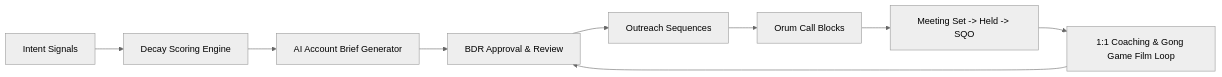
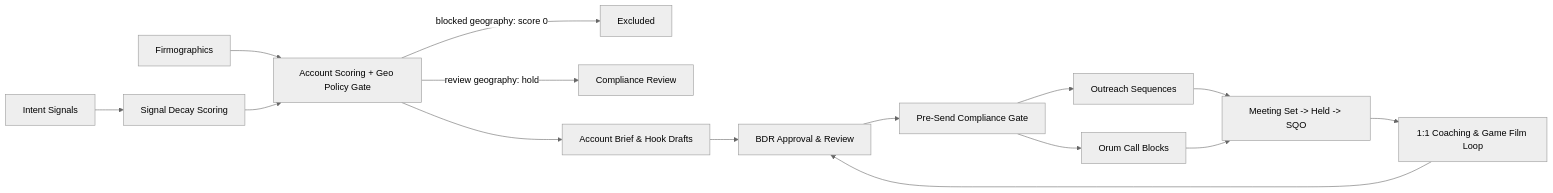
The diagram in README.md (peytonbackus-spec/bd-leadership), drawn with Mermaid (neutral theme) before and after one commit. The commit also changed other lines of this file and 96 other files, not shown here.

Commit message:
Compliance guardrails, geo-gated scoring, repo checks, and doc consistency pass

````diff
--- a/README.md
+++ b/README.md
@@ -32,11 +40,17 @@
 ```mermaid
 flowchart LR
-    A[Intent Signals] --> B[Decay Scoring Engine]
-    B --> C[AI Account Brief Generator]
+    A[Intent Signals] --> B[Signal Decay Scoring]
+    F0[Firmographics] --> S[Account Scoring + Geo Policy Gate]
+    B --> S
+    S -->|blocked geography: score 0| X[Excluded]
+    S -->|review geography: hold| R[Compliance Review]
+    S --> C[Account Brief & Hook Drafts]
     C --> D[BDR Approval & Review]
-    D --> E[Outreach Sequences]
-    E --> F[Orum Call Blocks]
-    F --> G[Meeting Set -> Held -> SQO]
-    G --> H[1:1 Coaching & Gong Game Film Loop]
+    D --> P[Pre-Send Compliance Gate]
+    P --> E[Outreach Sequences]
+    P --> F[Orum Call Blocks]
+    E --> G[Meeting Set -> Held -> SQO]
+    F --> G
+    G --> H[1:1 Coaching & Game Film Loop]
     H --> D
 ```
````
